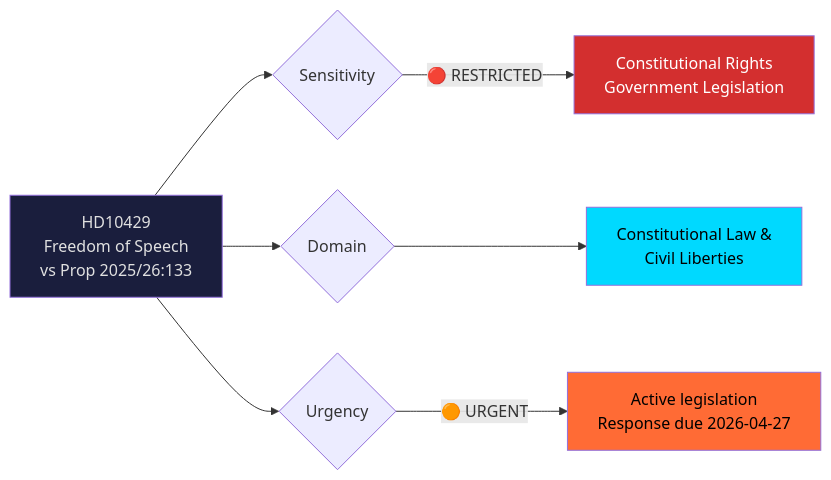
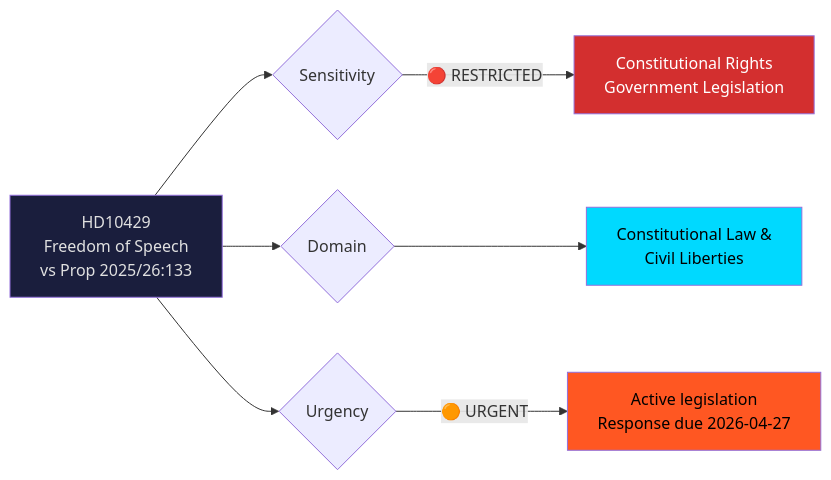
The diagram in analysis/daily/2026-04-09/interpellations/documents/hd10429-analysis.md (Hack23/riksdagsmonitor), drawn with Mermaid before and after one commit. The commit also changed 121 other files, not shown here.

````diff
--- a/analysis/daily/2026-04-09/interpellations/documents/hd10429-analysis.md
+++ b/analysis/daily/2026-04-09/interpellations/documents/hd10429-analysis.md
@@ -23,16 +23,16 @@
 ```mermaid
 graph LR
     A["HD10429<br/>Freedom of Speech<br/>vs Prop 2025/26:133"] --> B{Sensitivity}
     B -->|"🔴 RESTRICTED"| C["Constitutional Rights<br/>Government Legislation"]
     
     A --> G{Domain}
     G --> H["Constitutional Law &<br/>Civil Liberties"]
     
     A --> I{Urgency}
     I -->|"🟠 URGENT"| K["Active legislation<br/>Response due 2026-04-27"]
     
     style A fill:#1a1e3d,color:#e0e0e0
     style C fill:#D32F2F,color:#FFFFFF
     style H fill:#00d9ff,color:#000000
-    style K fill:#FF6B35,color:#000000
+    style K fill:#FF5722,color:#000000
 ```
````
